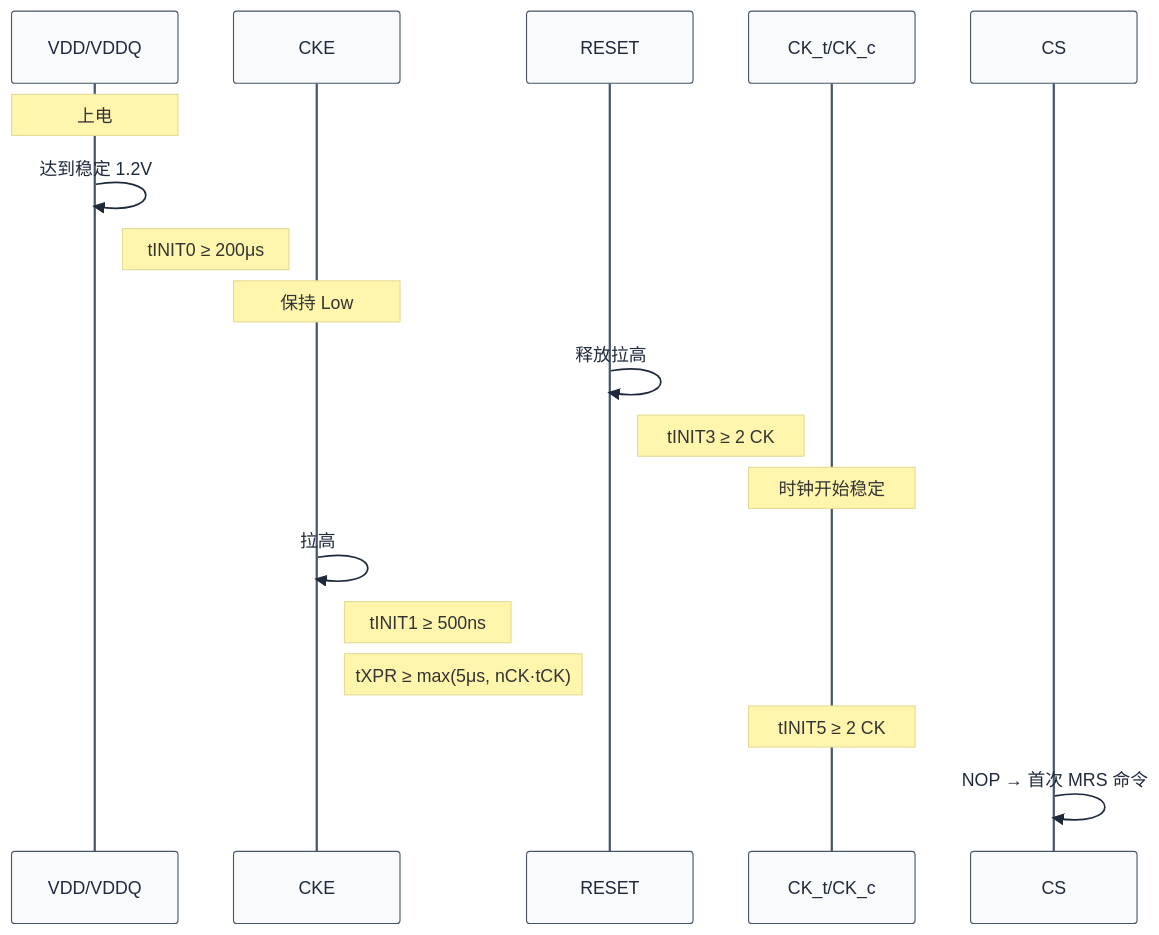
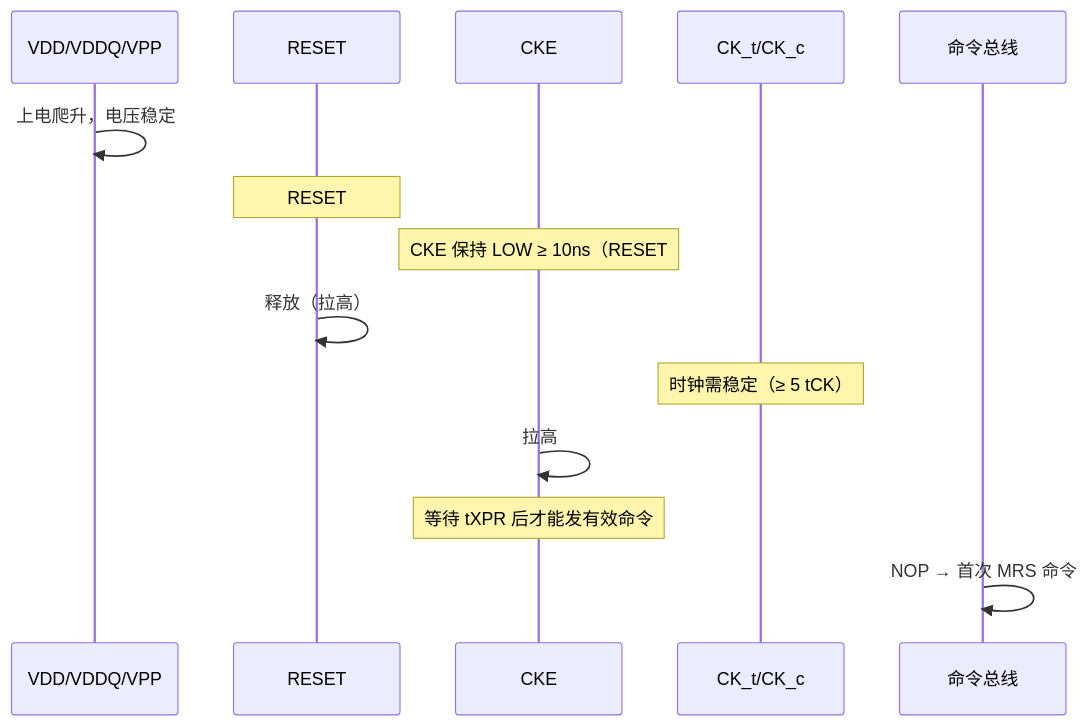
One commit to swjtuer326/cs-learning-notes changed the third of 4 diagrams in ddr/05-DDR驱动开发与调试.md. Above: the diagram before and after it, drawn with Mermaid. The commit also changed other lines of this file and 281 other files, not shown here.

````diff
--- a/ddr/05-DDR驱动开发与调试.md
+++ b/ddr/05-DDR驱动开发与调试.md
@@ -311,22 +304,17 @@
 ```mermaid
-%%{init: {"theme": "base", "themeVariables": {"primaryColor": "#f8fafc", "primaryTextColor": "#1e293b", "primaryBorderColor": "#475569", "lineColor": "#64748b", "secondaryColor": "#f1f5f9", "secondaryBorderColor": "#94a3b8", "tertiaryColor": "#f8fafc", "fontFamily": "\"trebuchet ms\", verdana, arial, sans-serif"}}}%%
 sequenceDiagram
-    participant VDD as VDD/VDDQ
+    participant PWR as VDD/VDDQ/VPP
+    participant RST as RESET#
     participant CKE as CKE
-    participant RST as RESET
     participant CK as CK_t/CK_c
-    participant CS as CS
+    participant CMD as 命令总线
 
-    Note over VDD: 上电
-    VDD->>VDD: 达到稳定 1.2V
-    Note right of VDD: tINIT0 ≥ 200μs
-    Note over CKE: 保持 Low
-    RST->>RST: 释放拉高
-    Note right of RST: tINIT3 ≥ 2 CK
-    Note over CK: 时钟开始稳定
+    PWR->>PWR: 上电爬升，电压稳定
+    Note over RST: RESET# 保持 LOW ≥ 200μs
+    Note over CKE: CKE 保持 LOW ≥ 10ns（RESET# 释放前）
+    RST->>RST: 释放（拉高）
+    Note over CK: 时钟需稳定（≥ 5 tCK）
     CKE->>CKE: 拉高
-    Note right of CKE: tINIT1 ≥ 500ns
-    Note right of CKE: tXPR ≥ max(5μs, nCK·tCK)
-    Note over CK: tINIT5 ≥ 2 CK
-    CS->>CS: NOP → 首次 MRS 命令
+    Note over CKE: 等待 tXPR 后才能发有效命令
+    CMD->>CMD: NOP → 首次 MRS 命令
 ```
````
